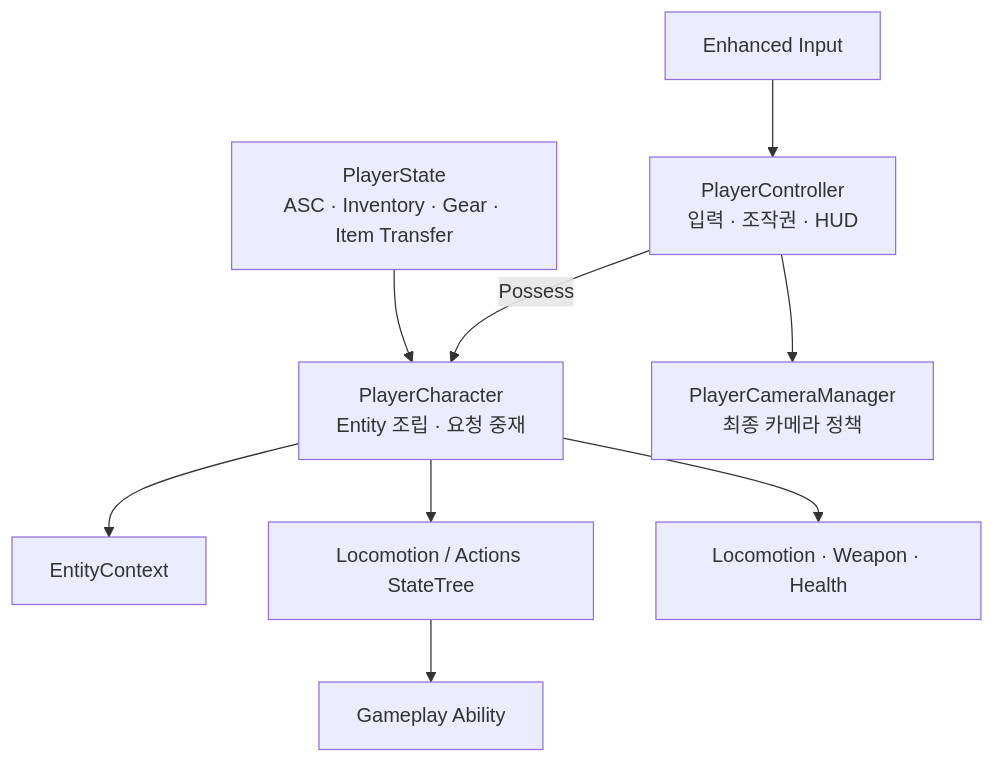
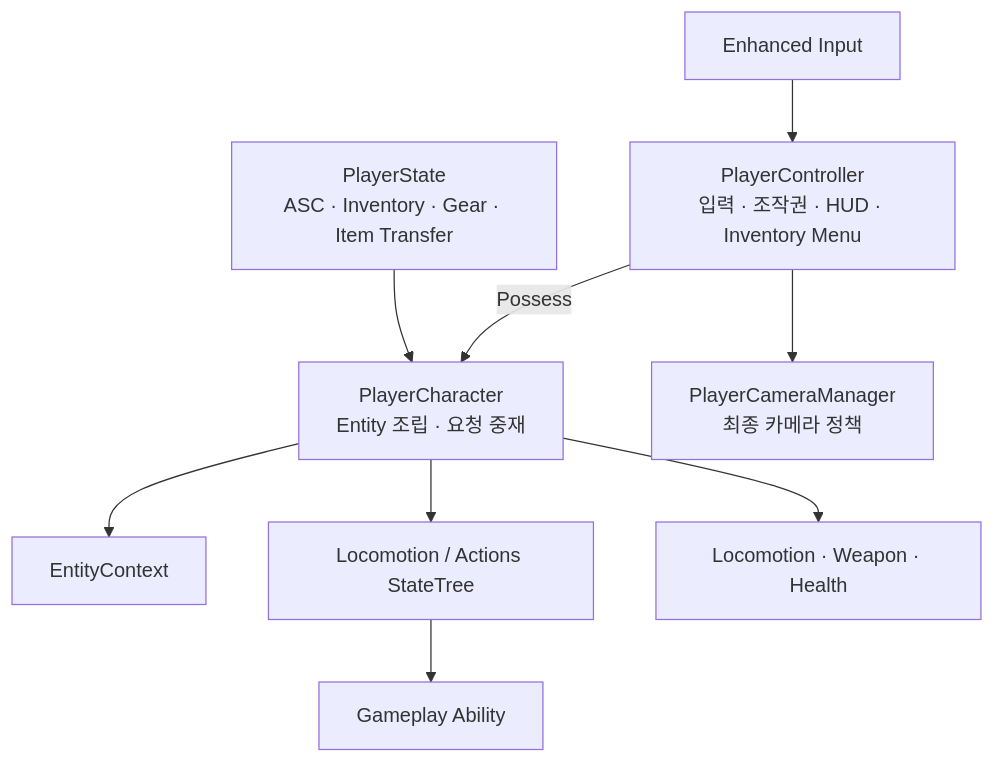
The first of 2 diagrams in Wiki/03_시스템 설계/객체 설계/Player.md (liang2papa/Astra_Docs), drawn with Mermaid before and after one commit. The commit also changed other lines of this file and 10 other files, not shown here.

````diff
--- a/Wiki/03_시스템 설계/객체 설계/Player.md
+++ b/Wiki/03_시스템 설계/객체 설계/Player.md
@@ -3,11 +3,11 @@
 ```mermaid
 flowchart TD
-    Input["Enhanced Input"] --> Controller["PlayerController<br/>입력 · 조작권 · HUD"]
+    Input["Enhanced Input"] --> Controller["PlayerController<br/>입력 · 조작권 · HUD · Inventory Menu"]
     Controller -->|Possess| Character["PlayerCharacter<br/>Entity 조립 · 요청 중재"]
     Controller --> Camera["PlayerCameraManager<br/>최종 카메라 정책"]
     State["PlayerState<br/>ASC · Inventory · Gear · Item Transfer"] --> Character
     Character --> Context["EntityContext"]
     Character --> StateTree["Locomotion / Actions StateTree"]
     StateTree --> GA["Gameplay Ability"]
     Character --> Components["Locomotion · Weapon · Health"]
 ```
````
